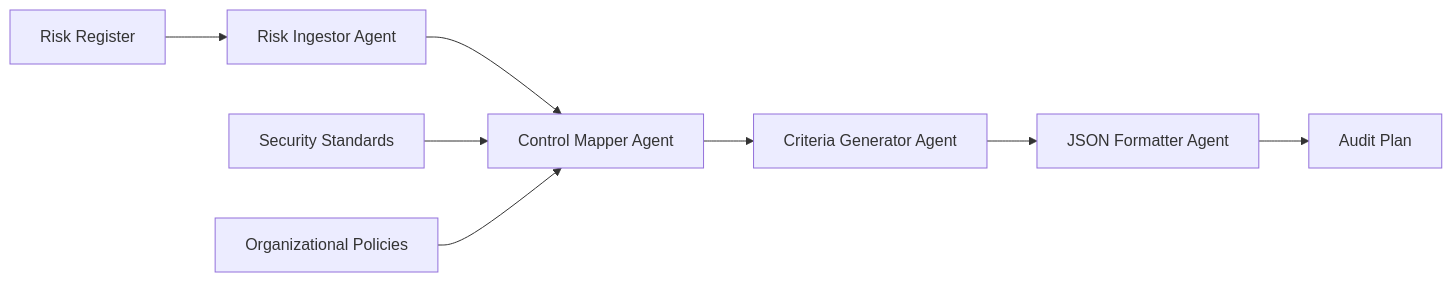
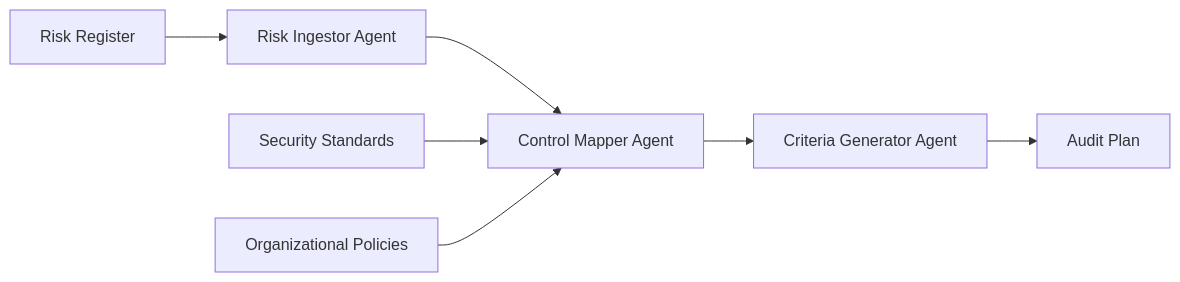
One commit to abyasham/multi-agent-security-audit-planner changed the diagram in README.md. Above: the diagram before and after it, drawn with Mermaid. The commit also changed other lines of this file, not shown here.

````diff
--- a/README.md
+++ b/README.md
@@ -23,11 +23,10 @@
 ```mermaid
 graph LR
     A[Risk Register] --> B[Risk Ingestor Agent]
     B --> C[Control Mapper Agent]
     C --> D[Criteria Generator Agent]
-    D --> E[JSON Formatter Agent]
-    E --> F[Audit Plan]
+    D --> E[Audit Plan]
     
     G[Security Standards] --> C
     H[Organizational Policies] --> C
 ```
````
